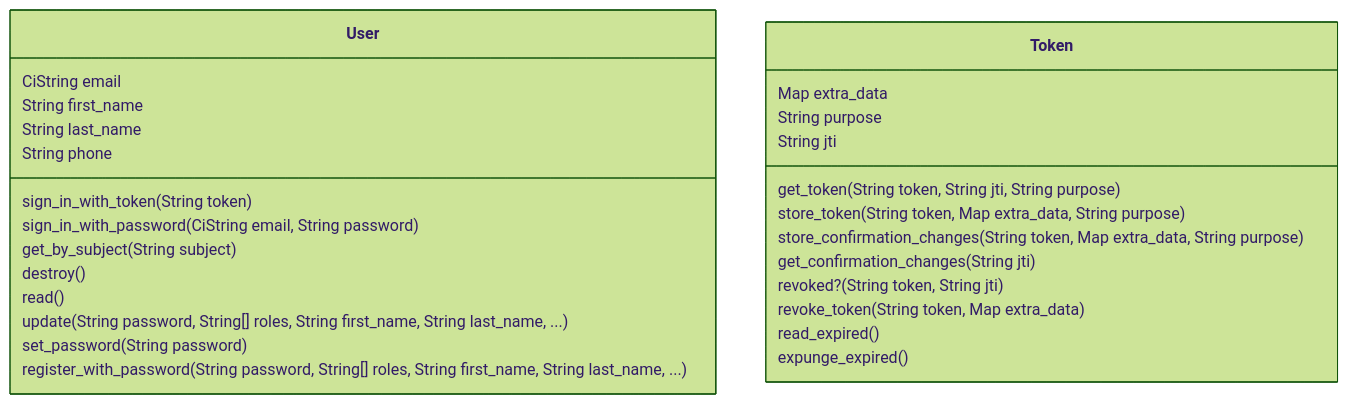
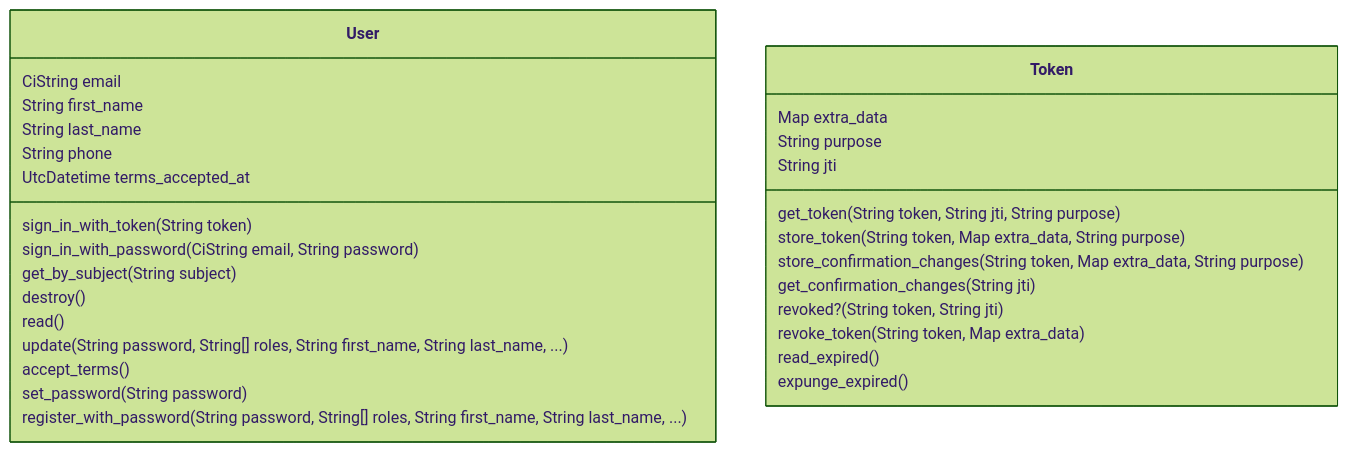
The diagram in lib/data_aggregator/accounts/accounts-mermaid-class-diagram.md (zebbra/data_aggregator), drawn with Mermaid (forest theme) before and after one commit. The commit also changed 21 other files, not shown here.

Commit message:
feat(terms): User has to accept terms on login. Add env variables for the navbar links (terms, guide, tutorials)

````diff
--- a/lib/data_aggregator/accounts/accounts-mermaid-class-diagram.md
+++ b/lib/data_aggregator/accounts/accounts-mermaid-class-diagram.md
@@ -1,33 +1,35 @@
 ```mermaid
 classDiagram
     class User {
         CiString email
         String first_name
         String last_name
         String phone
+        UtcDatetime terms_accepted_at
         sign_in_with_token(String token)
         sign_in_with_password(CiString email, String password)
         get_by_subject(String subject)
         destroy()
         read()
         update(String password, String[] roles, String first_name, String last_name, ...)
+        accept_terms()
         set_password(String password)
         register_with_password(String password, String[] roles, String first_name, String last_name, ...)
     }
     class Token {
         Map extra_data
         String purpose
         String jti
         get_token(String token, String jti, String purpose)
         store_token(String token, Map extra_data, String purpose)
         store_confirmation_changes(String token, Map extra_data, String purpose)
         get_confirmation_changes(String jti)
         revoked?(String token, String jti)
         revoke_token(String token, Map extra_data)
         read_expired()
         expunge_expired()
     }
 
 
 
 ```
````
